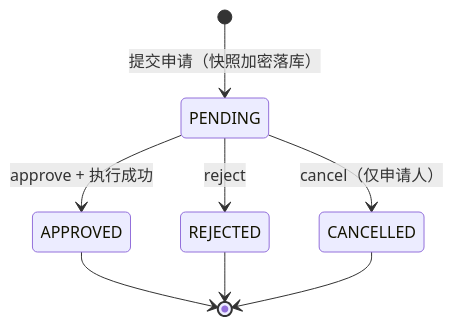
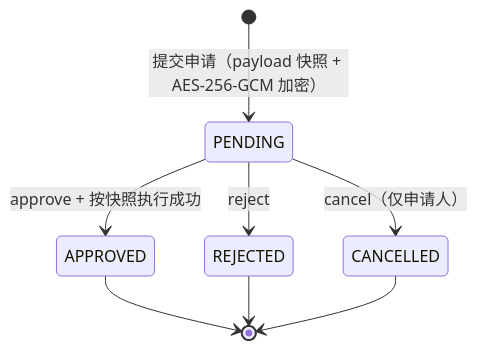
Before and after one commit to Lin00yi/MCP-Platform: the third of 4 diagrams in docs/architecture/README.md, drawn with Mermaid. The commit also changed other lines of this file and 10 other files, not shown here.

First line of the commit message:
fix(config/docs): 同步 OpenAPI 与启动自检修复；重写架构图册、补充历史表名说明

````diff
--- a/docs/architecture/README.md
+++ b/docs/architecture/README.md
@@ -236,10 +145,10 @@
 ```mermaid
 stateDiagram-v2
-  [*] --> PENDING: 提交申请（快照加密落库）
-  PENDING --> APPROVED: approve + 执行成功
+  [*] --> PENDING: 提交申请（payload 快照 + AES-256-GCM 加密）
+  PENDING --> APPROVED: approve + 按快照执行成功
   PENDING --> REJECTED: reject
   PENDING --> CANCELLED: cancel（仅申请人）
   APPROVED --> [*]
   REJECTED --> [*]
   CANCELLED --> [*]
 ```
````
